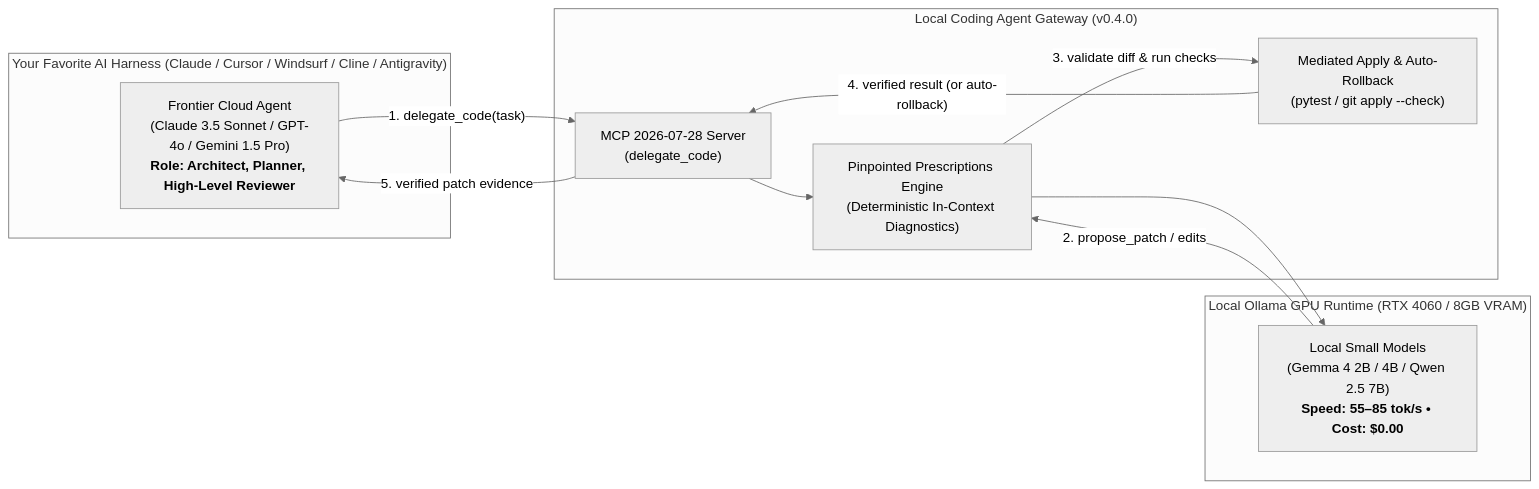
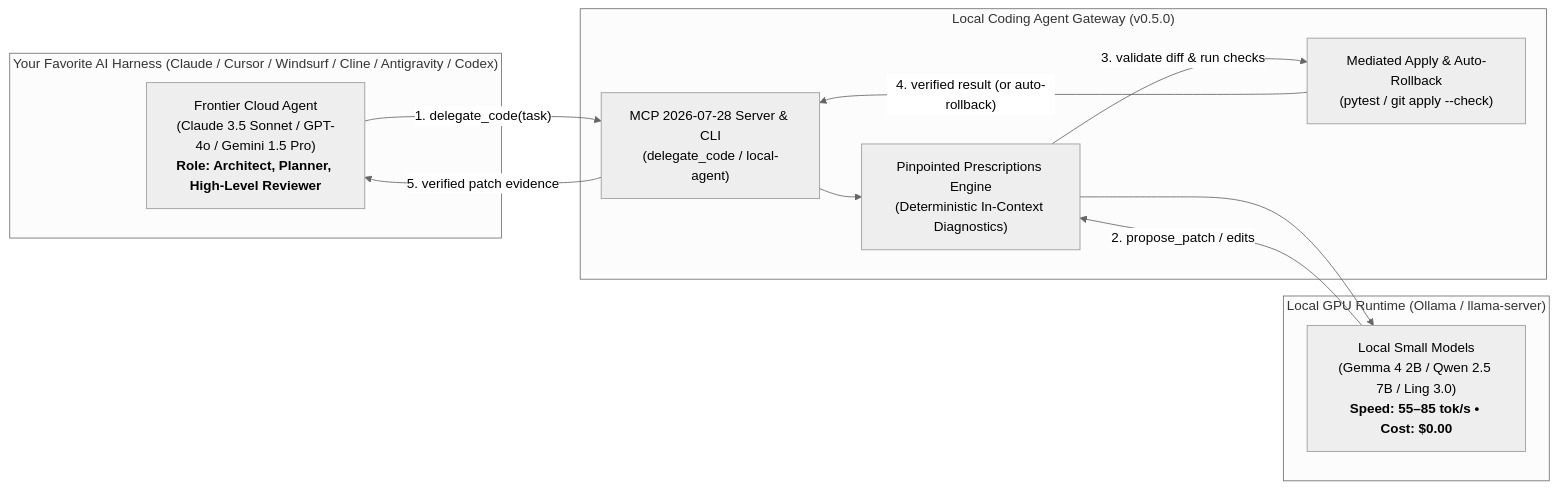
Before and after one commit to pvnc228/codex-local-coding-agent: the diagram in README.md, drawn with Mermaid (neutral theme). The commit also changed other lines of this file and 14 other files, not shown here.

Commit message:
feat: release v0.5.0 - Agent Skills, 100% CLI Parity & Multi-Runtime support

````diff
--- a/README.md
+++ b/README.md
@@ -29,23 +30,24 @@
 ```mermaid
 flowchart LR
-    subgraph Host["Your Favorite AI Harness (Claude / Cursor / Windsurf / Cline / Antigravity)"]
+    subgraph Host["Your Favorite AI Harness (Claude / Cursor / Windsurf / Cline / Antigravity / Codex)"]
         A["Frontier Cloud Agent<br>(Claude 3.5 Sonnet / GPT-4o / Gemini 1.5 Pro)<br><b>Role: Architect, Planner, High-Level Reviewer</b>"]
     end
 
-    subgraph Controller["Local Coding Agent Gateway (v0.4.0)"]
-        B["MCP 2026-07-28 Server<br>(delegate_code)"]
+    subgraph Controller["Local Coding Agent Gateway (v0.5.0)"]
+        B["MCP 2026-07-28 Server &amp; CLI<br>(delegate_code / local-agent)"]
         C["Pinpointed Prescriptions Engine<br>(Deterministic In-Context Diagnostics)"]
         D["Mediated Apply &amp; Auto-Rollback<br>(pytest / git apply --check)"]
     end
 
-    subgraph Runtime["Local Ollama GPU Runtime (RTX 4060 / 8GB VRAM)"]
-        E["Local Small Models<br>(Gemma 4 2B / 4B / Qwen 2.5 7B)<br><b>Speed: 55–85 tok/s • Cost: $0.00</b>"]
+    subgraph Runtime["Local GPU Runtime (Ollama / llama-server)"]
+        E["Local Small Models<br>(Gemma 4 2B / Qwen 2.5 7B / Ling 3.0)<br><b>Speed: 55–85 tok/s • Cost: $0.00</b>"]
     end
+
 
     A -- "1. delegate_code(task)" --> B
     B --> C --> E
     E -- "2. propose_patch / edits" --> C
     C -- "3. validate diff & run checks" --> D
     D -- "4. verified result (or auto-rollback)" --> B
     B -- "5. verified patch evidence" --> A
 ```
````
